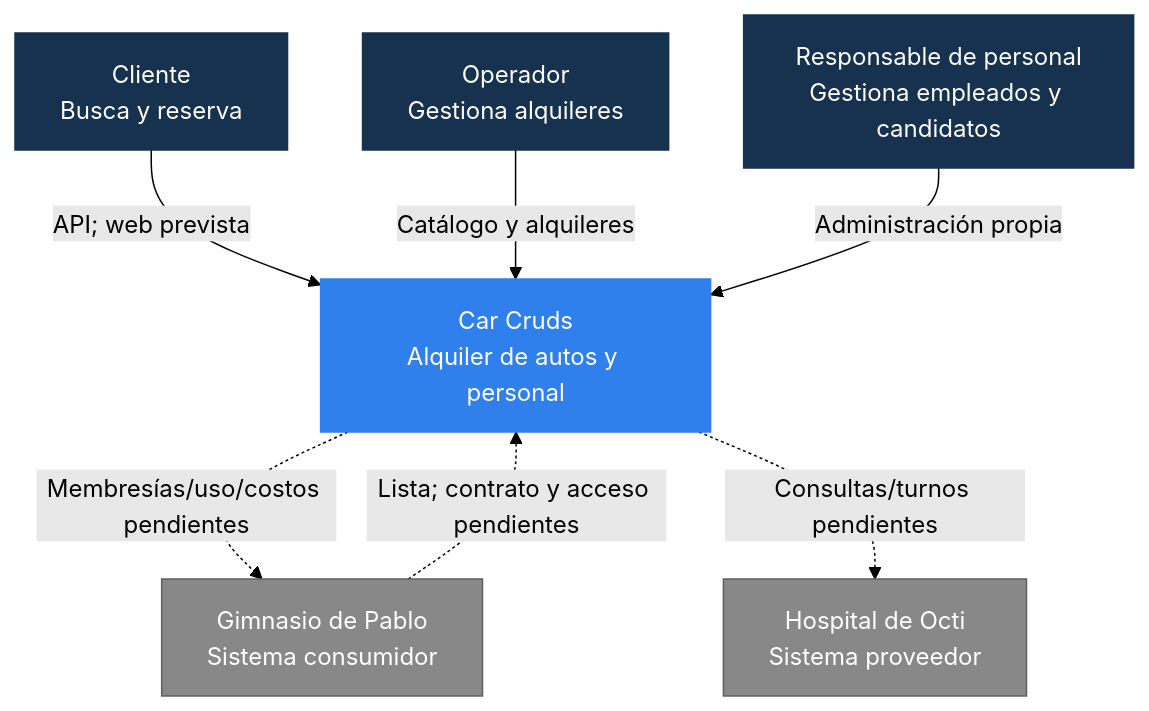
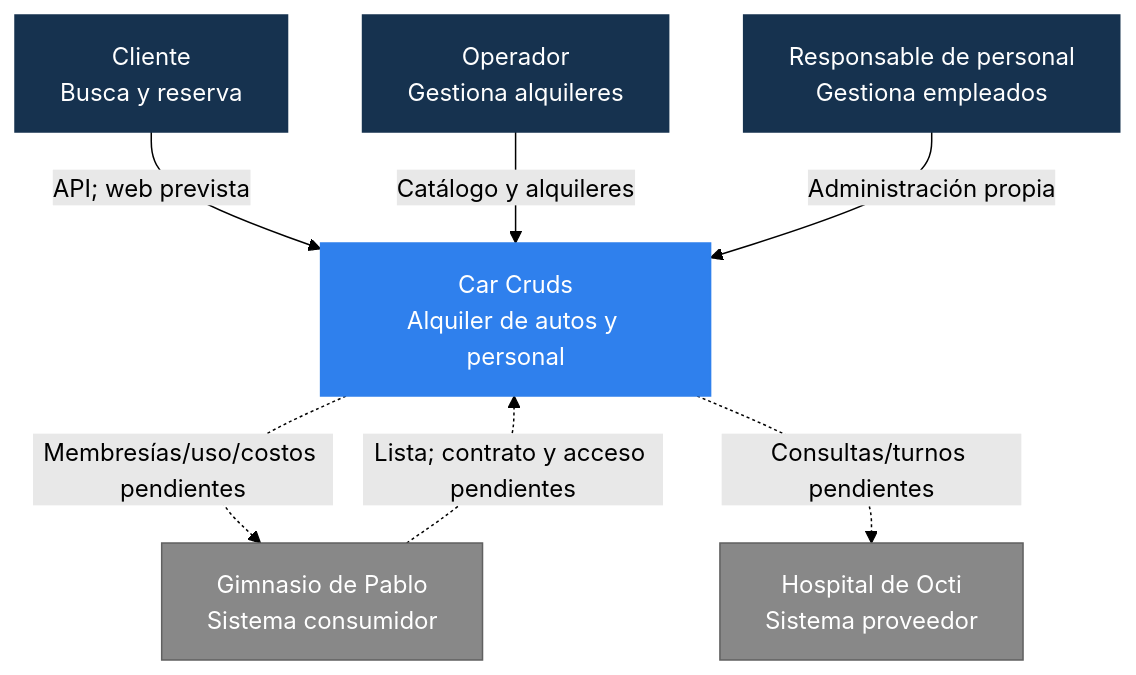
One commit to Gerpeirone/Car-Cruds changed the first of 3 diagrams in docs/ARCHITECTURE.md. Above: the diagram before and after it, drawn with Mermaid (forest theme). The commit also changed other lines of this file and 45 other files, not shown here.

Commit message:
refactor: retirar candidatos y limitar Empleados a personal registrado

````diff
--- a/docs/ARCHITECTURE.md
+++ b/docs/ARCHITECTURE.md
@@ -19,23 +21,23 @@
 ```mermaid
 flowchart TB
     Client["Cliente<br/>Busca y reserva"]
     Operator["Operador<br/>Gestiona alquileres"]
-    Personnel["Responsable de personal<br/>Gestiona empleados y candidatos"]
+    Personnel["Responsable de personal<br/>Gestiona empleados"]
     System["Car Cruds<br/>Alquiler de autos y personal"]
     Gym["Gimnasio de Pablo<br/>Sistema consumidor"]
     Clinic["Hospital de Octi<br/>Sistema proveedor"]
 
     Client -->|"API; web prevista"| System
     Operator -->|"Catálogo y alquileres"| System
     Personnel -->|"Administración propia"| System
     Gym -.->|"Lista; contrato y acceso pendientes"| System
     System -.->|"Membresías/uso/costos pendientes"| Gym
     System -.->|"Consultas/turnos pendientes"| Clinic
 
     classDef person fill:#16324f,color:#fff,stroke:#16324f;
     classDef system fill:#2f80ed,color:#fff,stroke:#2f80ed;
     classDef external fill:#888,color:#fff,stroke:#606060;
     class Client,Operator,Personnel person;
     class System system;
     class Gym,Clinic external;
 ```
````
